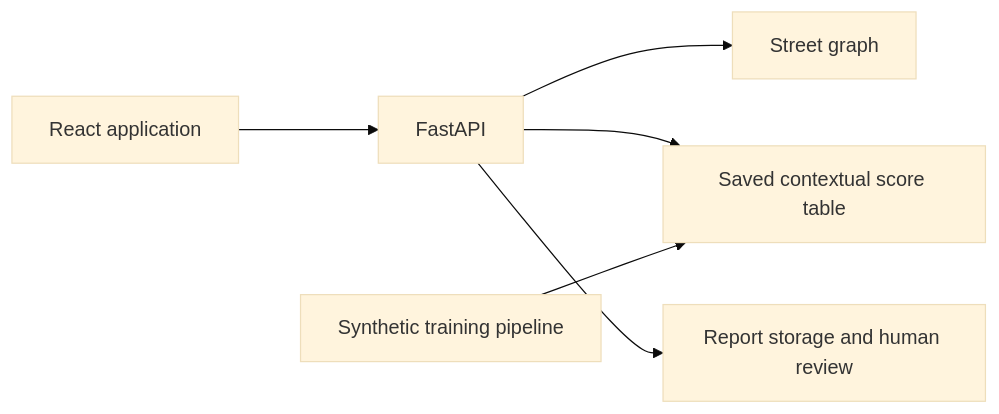
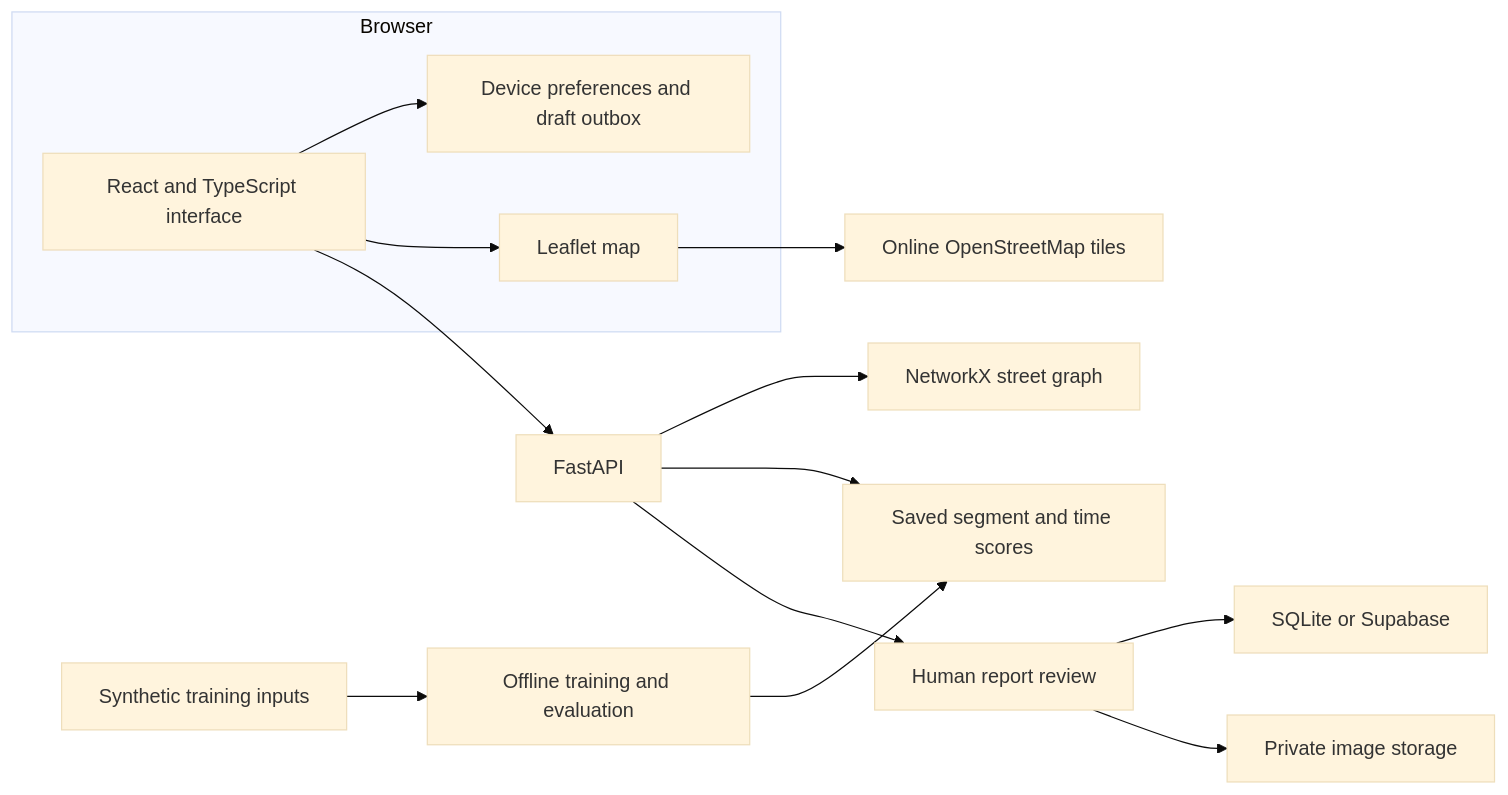
One commit to aryanxaman/NaviSafe changed the diagram in README.md. Above: the diagram before and after it, drawn with Mermaid (base theme). The commit also changed other lines of this file, not shown here.

````diff
--- a/README.md
+++ b/README.md
@@ -33,8 +63,19 @@
 ```mermaid
 flowchart LR
-    UI[React application] --> API[FastAPI]
-    API --> Graph[Street graph]
-    API --> Scores[Saved contextual score table]
-    API --> Reports[Report storage and human review]
-    Training[Synthetic training pipeline] --> Scores
+    subgraph Browser
+        UI[React and TypeScript interface]
+        Local[Device preferences and draft outbox]
+        Map[Leaflet map]
+        UI --> Local
+        UI --> Map
+    end
+    UI --> API[FastAPI]
+    API --> Graph[NetworkX street graph]
+    API --> Scores[Saved segment and time scores]
+    API --> Review[Human report review]
+    Review --> Store[SQLite or Supabase]
+    Review --> Media[Private image storage]
+    Sources[Synthetic training inputs] --> Training[Offline training and evaluation]
+    Training --> Scores
+    Map --> Tiles[Online OpenStreetMap tiles]
 ```
````
